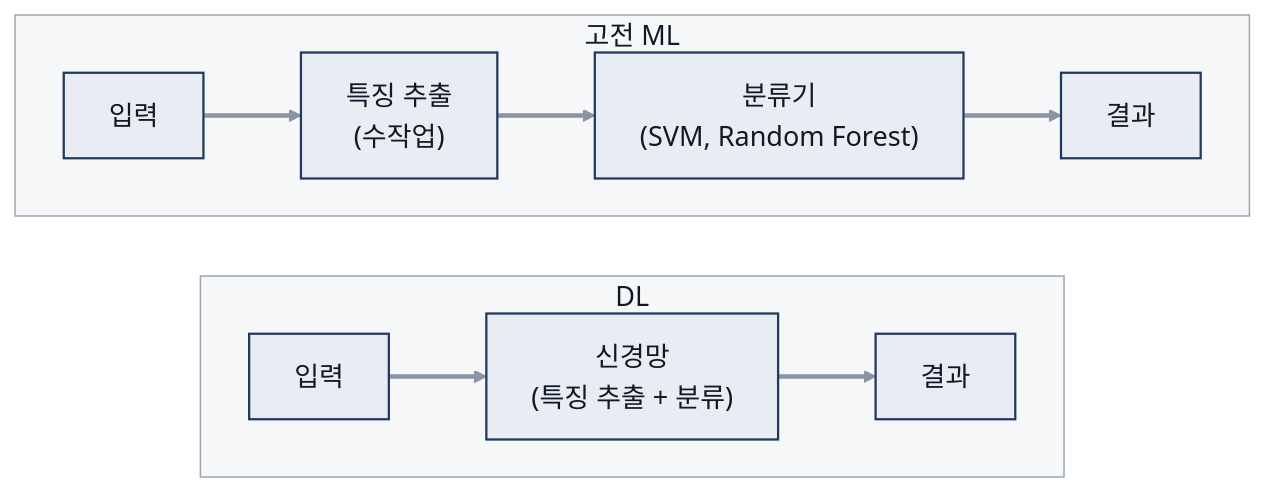
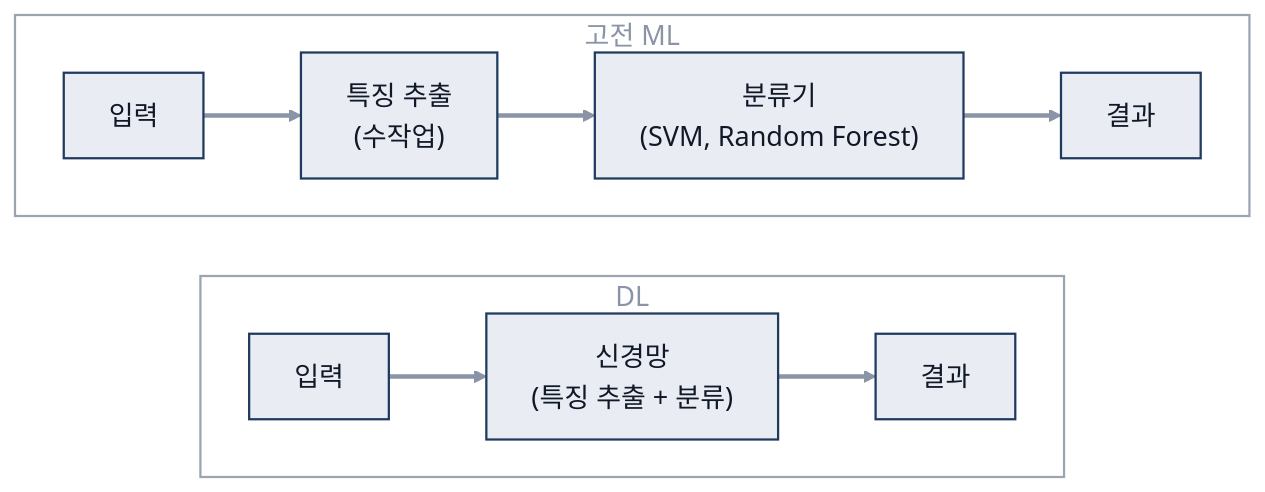
One commit to Jenny5789/python changed the first of 5 diagrams in study_archive/artificial_intelligence/03_machine_learning.md. Above: the diagram before and after it, drawn with Mermaid. The commit also changed other lines of this file and 16 other files, not shown here.

````diff
--- a/study_archive/artificial_intelligence/03_machine_learning.md
+++ b/study_archive/artificial_intelligence/03_machine_learning.md
@@ -17,18 +20,18 @@
 ```mermaid
 %%{init: {'theme': 'base', 'themeVariables': {'fontSize': '18px', 'primaryColor': '#E9EDF3', 'primaryBorderColor': '#1F3A5F', 'primaryTextColor': '#111827', 'lineColor': '#8A94A6', 'secondaryColor': '#F3F4F6', 'tertiaryColor': '#F3F4F6', 'clusterBkg': '#F6F7F9', 'clusterBorder': '#9AA5B1', 'edgeLabelBackground': '#E9EDF3'}, 'flowchart': {'nodeSpacing': 30, 'rankSpacing': 40}}}%%
 flowchart TD
   classDef default fill:#E9EDF3,stroke:#1F3A5F,stroke-width:1.5px,color:#111827
   linkStyle default stroke:#8A94A6,stroke-width:3px,color:#111827
   subgraph ML["고전 ML"]
     direction LR
     A1["입력"] --> B1["특징 추출<br/>(수작업)"] --> C1["분류기<br/>(SVM, Random Forest)"] --> D1["결과"]
   end
   subgraph DL["DL"]
     direction LR
     A2["입력"] --> B2["신경망<br/>(특징 추출 + 분류)"] --> D2["결과"]
   end
   ML ~~~ DL
   linkStyle 5 stroke-width:0px
-  style ML fill:#F6F7F9,stroke:#9AA5B1,color:#111827
-  style DL fill:#F6F7F9,stroke:#9AA5B1,color:#111827
+  style ML fill:none,stroke:#9AA5B1,stroke-width:1.5px,color:#8A94A6
+  style DL fill:none,stroke:#9AA5B1,stroke-width:1.5px,color:#8A94A6
 ```
````
